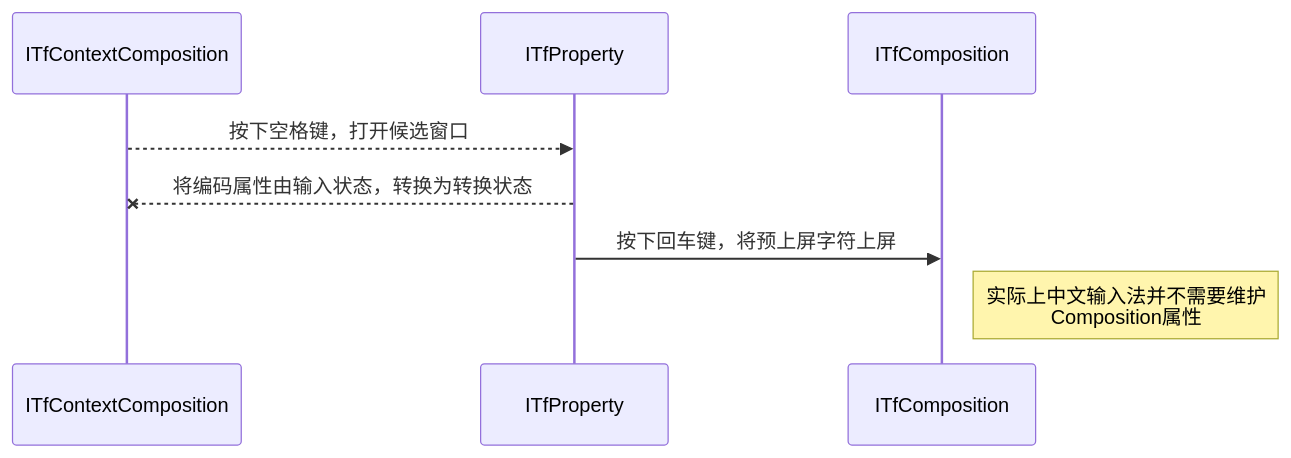
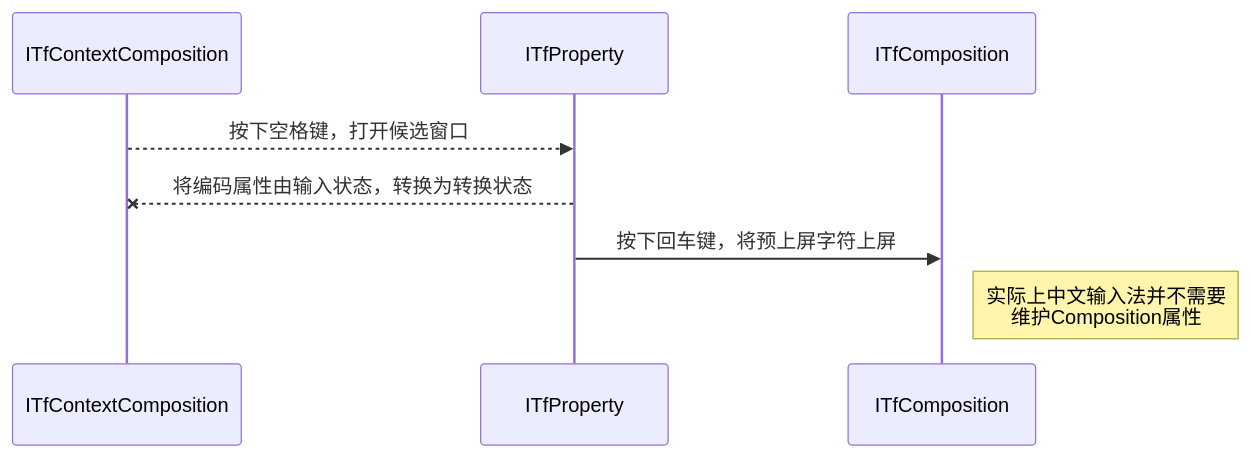
Before and after one commit to ChineseInputMethod/mumble: the second of 3 diagrams in 2023/5/1.md, drawn with Mermaid. The commit also changed other lines of this file, not shown here.

Commit message:
完成流程图

````diff
--- a/2023/5/1.md
+++ b/2023/5/1.md
@@ -111,7 +111,7 @@
 ```mermaid
 sequenceDiagram
 ITfContextComposition -->> ITfProperty: 按下空格键，打开候选窗口
 ITfProperty--x ITfContextComposition: 将编码属性由输入状态，转换为转换状态
 ITfProperty->>ITfComposition: 按下回车键，将预上屏字符上屏
-Note right of ITfComposition: 实际上中文输入法并不需要维护<br/>Composition属性
+Note right of ITfComposition: 实际上中文输入法并不需要<br/>维护Composition属性
 ```
````
